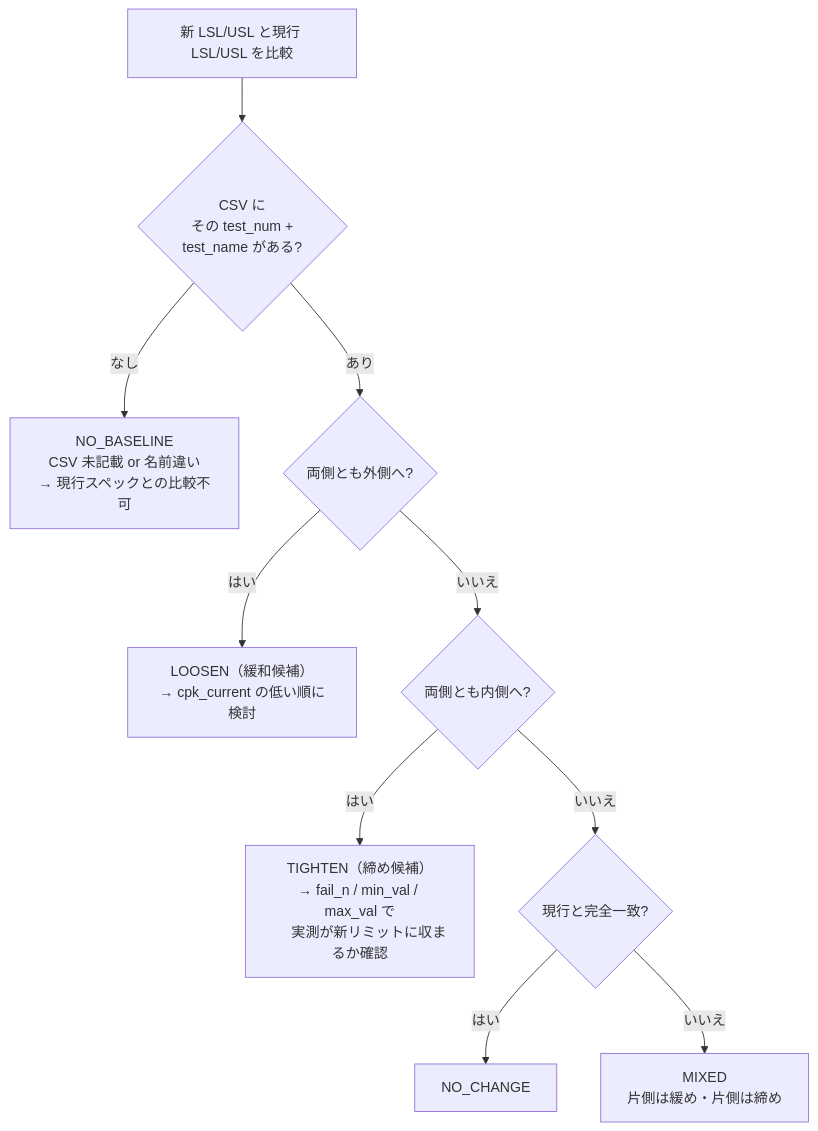
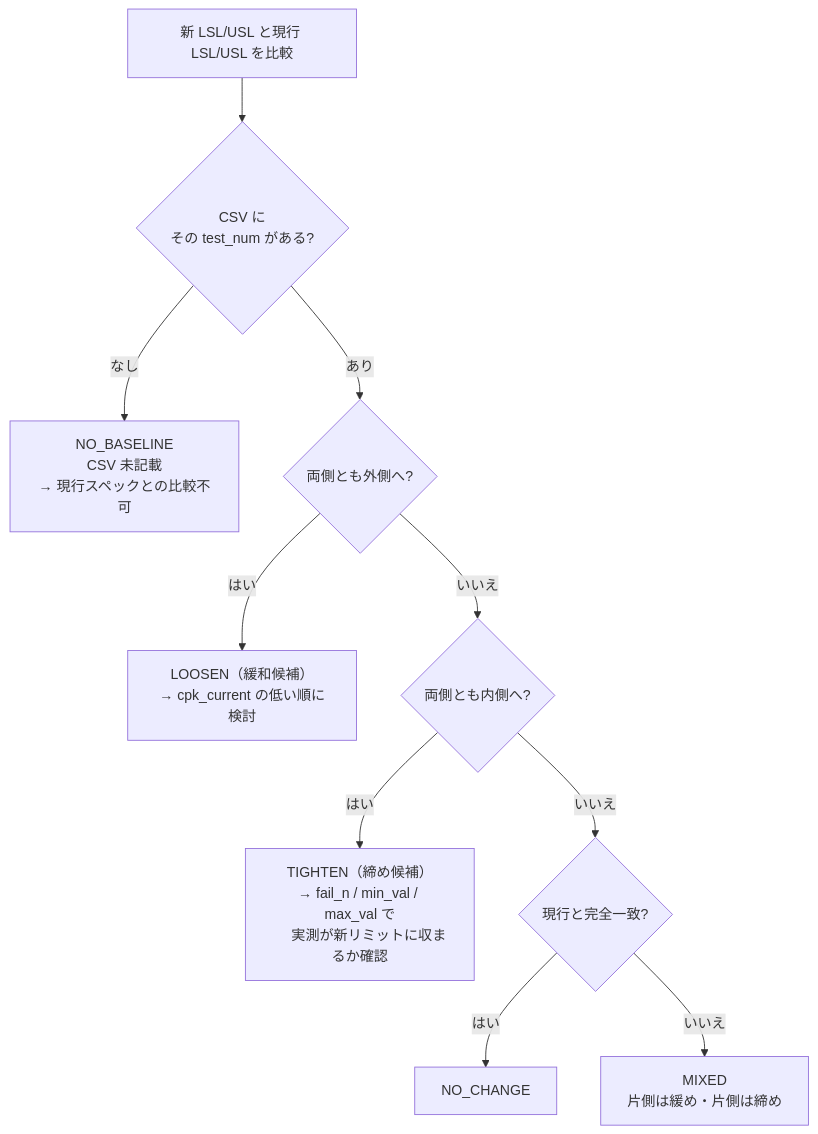
One commit to Kei0bb/STDF changed the second of 2 diagrams in docs/sample_queries.md. Above: the diagram before and after it, drawn with Mermaid. The commit also changed other lines of this file, not shown here.

First line of the commit message:
fix: spec CSV の join を test_num のみにし、基準ロット参照を削除

````diff
--- a/docs/sample_queries.md
+++ b/docs/sample_queries.md
@@ -821,12 +818,12 @@
 ```mermaid
 flowchart TD
-    S["新 LSL/USL と現行 LSL/USL を比較"] --> A{"CSV に<br/>その test_num +<br/>test_name がある?"}
-    A -->|"なし"| NB["NO_BASELINE<br/>CSV 未記載 or 名前違い<br/>→ 現行スペックとの比較不可"]
+    S["新 LSL/USL と現行 LSL/USL を比較"] --> A{"CSV に<br/>その test_num がある?"}
+    A -->|"なし"| NB["NO_BASELINE<br/>CSV 未記載<br/>→ 現行スペックとの比較不可"]
     A -->|"あり"| B{"両側とも外側へ?"}
     B -->|"はい"| L["LOOSEN（緩和候補）<br/>→ cpk_current の低い順に検討"]
     B -->|"いいえ"| C{"両側とも内側へ?"}
     C -->|"はい"| T["TIGHTEN（締め候補）<br/>→ fail_n / min_val / max_val で<br/>　 実測が新リミットに収まるか確認"]
     C -->|"いいえ"| D{"現行と完全一致?"}
     D -->|"はい"| N["NO_CHANGE"]
     D -->|"いいえ"| M["MIXED<br/>片側は緩め・片側は締め"]
 ```
````
